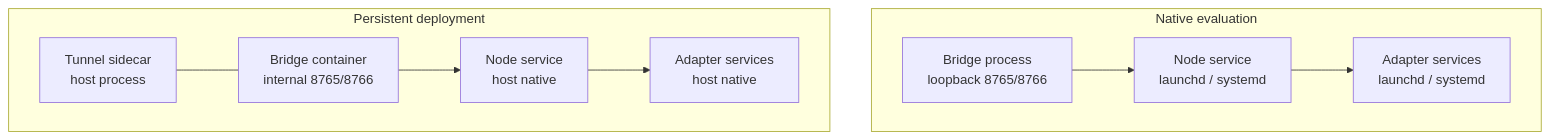
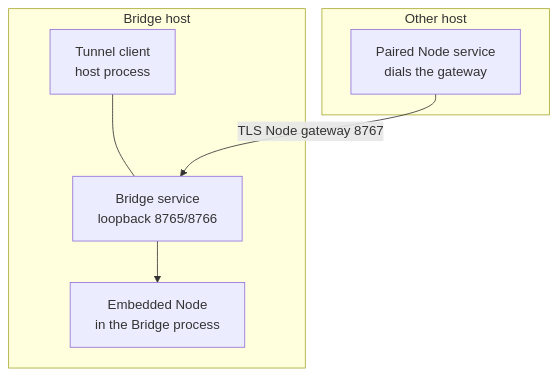
One commit to sheldonxxxx/workspace-bridge changed the fifth of 5 diagrams in docs/ARCHITECTURE.md. Above: the diagram before and after it, drawn with Mermaid. The commit also changed other lines of this file and 20 other files, not shown here.

First line of the commit message:
docs: describe the 1.0 tool surface, paired Nodes and the service module

````diff
--- a/docs/ARCHITECTURE.md
+++ b/docs/ARCHITECTURE.md
@@ -226,16 +235,13 @@
 ```mermaid
 flowchart TB
-    subgraph Native["Native evaluation"]
-        NB["Bridge process<br/>loopback 8765/8766"]
-        NN["Node service<br/>launchd / systemd"]
-        NA["Adapter services<br/>launchd / systemd"]
-        NB --> NN --> NA
+    subgraph Host["Bridge host"]
+        B["Bridge service<br/>loopback 8765/8766"]
+        L["Embedded Node<br/>in the Bridge process"]
+        T["Tunnel client<br/>host process"]
+        T --- B --> L
     end
-    subgraph Container["Persistent deployment"]
-        CB["Bridge container<br/>internal 8765/8766"]
-        CT["Tunnel sidecar<br/>host process"]
-        HN["Node service<br/>host native"]
-        HA["Adapter services<br/>host native"]
-        CT --- CB --> HN --> HA
+    subgraph Other["Other host"]
+        P["Paired Node service<br/>dials the gateway"]
     end
+    P -->|"TLS Node gateway 8767"| B
 ```
````
